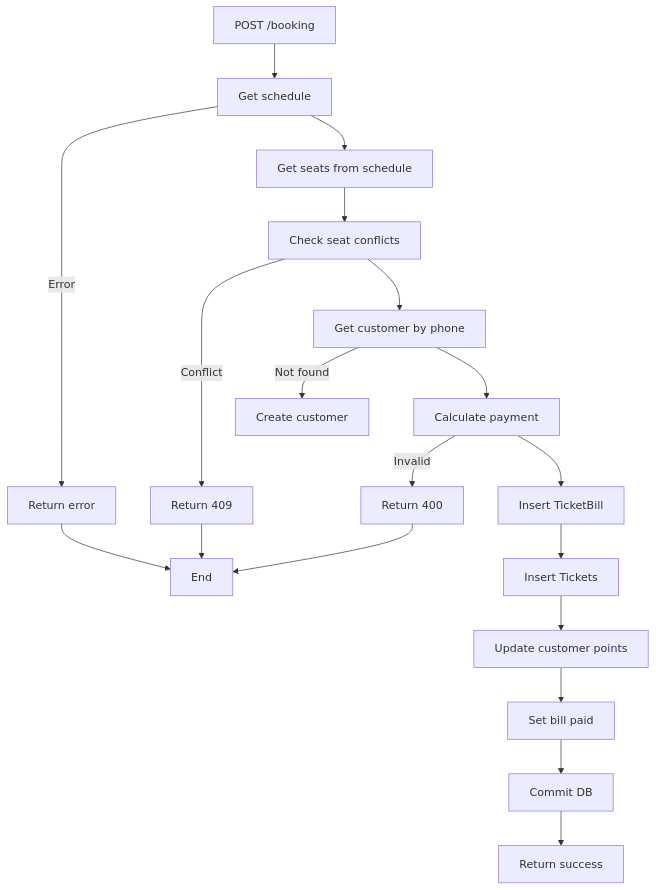
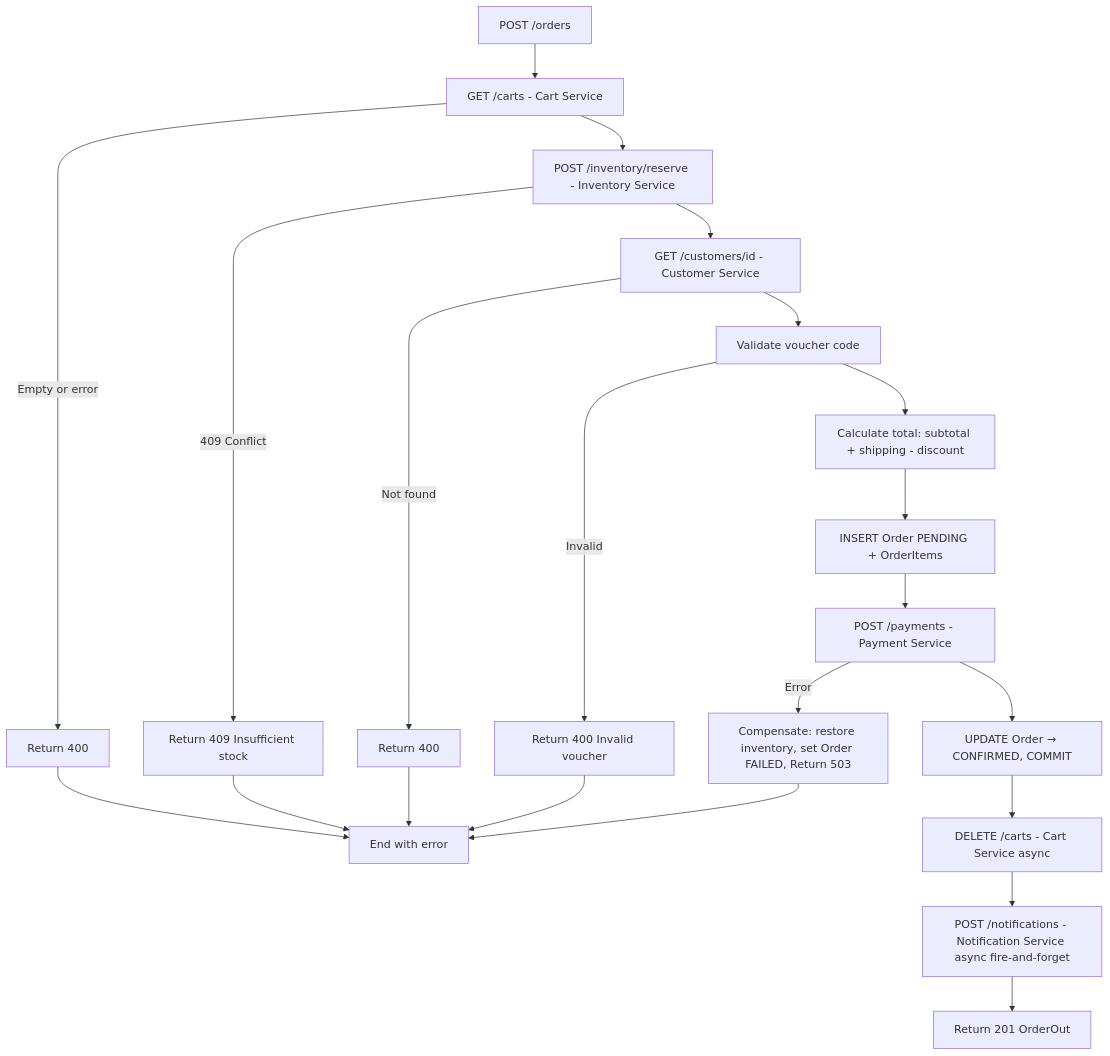
The sixth of 7 diagrams in docs/analysis-and-design.md (quyptit427/microservices-assignment-starter), drawn with Mermaid before and after one commit. The commit also changed other lines of this file, not shown here.

````diff
--- a/docs/analysis-and-design.md
+++ b/docs/analysis-and-design.md
@@ -433,28 +560,30 @@
 ```mermaid
 flowchart TD
-    A[POST /booking] --> B[Get schedule]
-    B -->|Error| X1[Return error]
+    A[POST /orders] --> B[GET /carts - Cart Service]
+    B -->|Empty or error| X1[Return 400]
 
-    B --> C[Get seats from schedule]
-    C --> D[Check seat conflicts]
-    D -->|Conflict| X2[Return 409]
+    B --> C[POST /inventory/reserve - Inventory Service]
+    C -->|409 Conflict| X2[Return 409 Insufficient stock]
 
-    D --> E[Get customer by phone]
-    E -->|Not found| F[Create customer]
+    C --> D[GET /customers/id - Customer Service]
+    D -->|Not found| X3[Return 400]
 
-    E --> G[Calculate payment]
-    G -->|Invalid| X3[Return 400]
+    D --> E[Validate voucher code]
+    E -->|Invalid| X4[Return 400 Invalid voucher]
 
-    G --> H[Insert TicketBill]
-    H --> I[Insert Tickets]
+    E --> F[Calculate total: subtotal + shipping - discount]
 
-    I --> J[Update customer points]
-    J --> K[Set bill paid]
+    F --> G[INSERT Order PENDING + OrderItems]
 
-    K --> L[Commit DB]
-    L --> M[Return success]
+    G --> H[POST /payments - Payment Service]
+    H -->|Error| X5[Compensate: restore inventory, set Order FAILED, Return 503]
 
-    X1 --> N[End]
-    X2 --> N
-    X3 --> N
+    H --> I[UPDATE Order → CONFIRMED, COMMIT]
+
+    I --> J[DELETE /carts - Cart Service async]
+    J --> K[POST /notifications - Notification Service async fire-and-forget]
+    K --> L[Return 201 OrderOut]
+
+    X1 & X2 & X3 & X4 --> Z[End with error]
+    X5 --> Z
 ```
````
